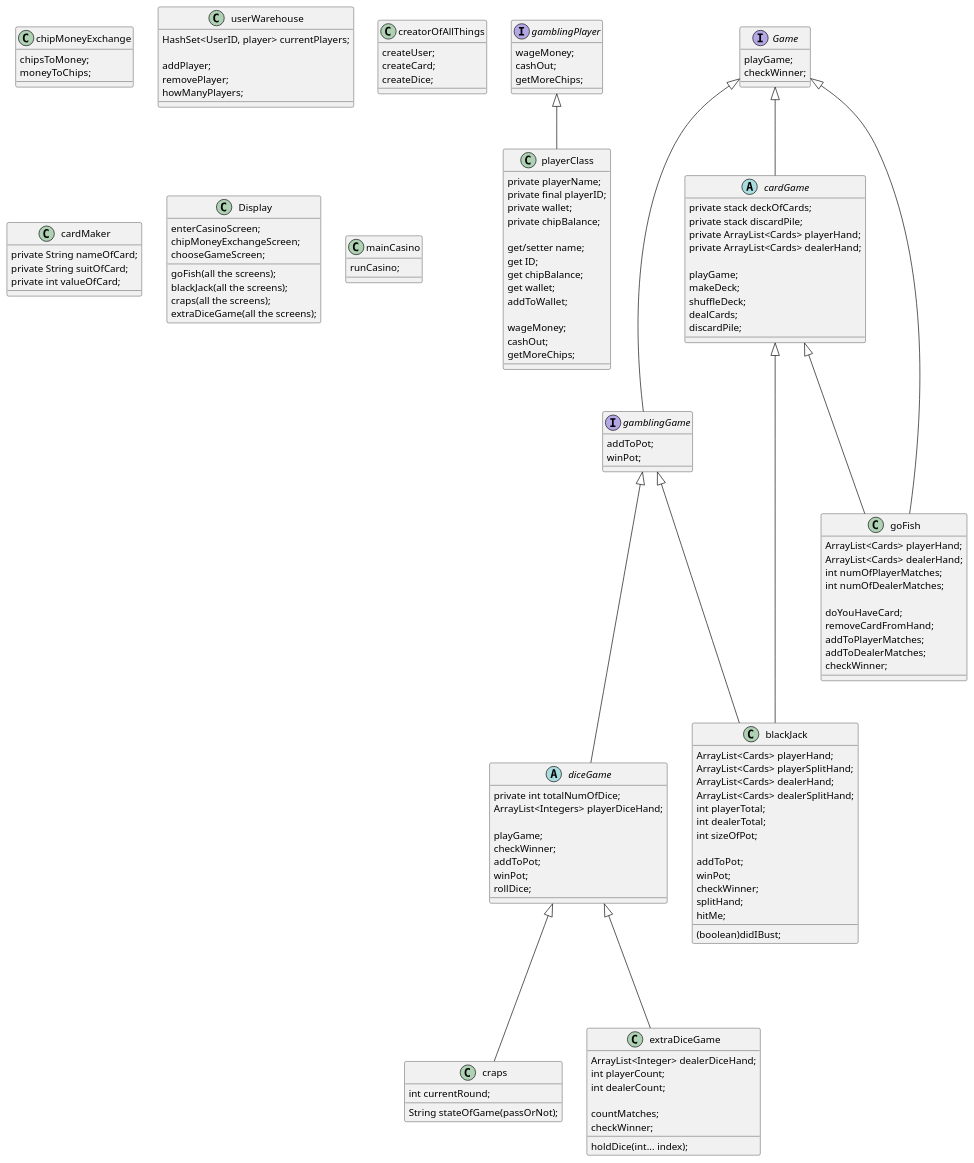
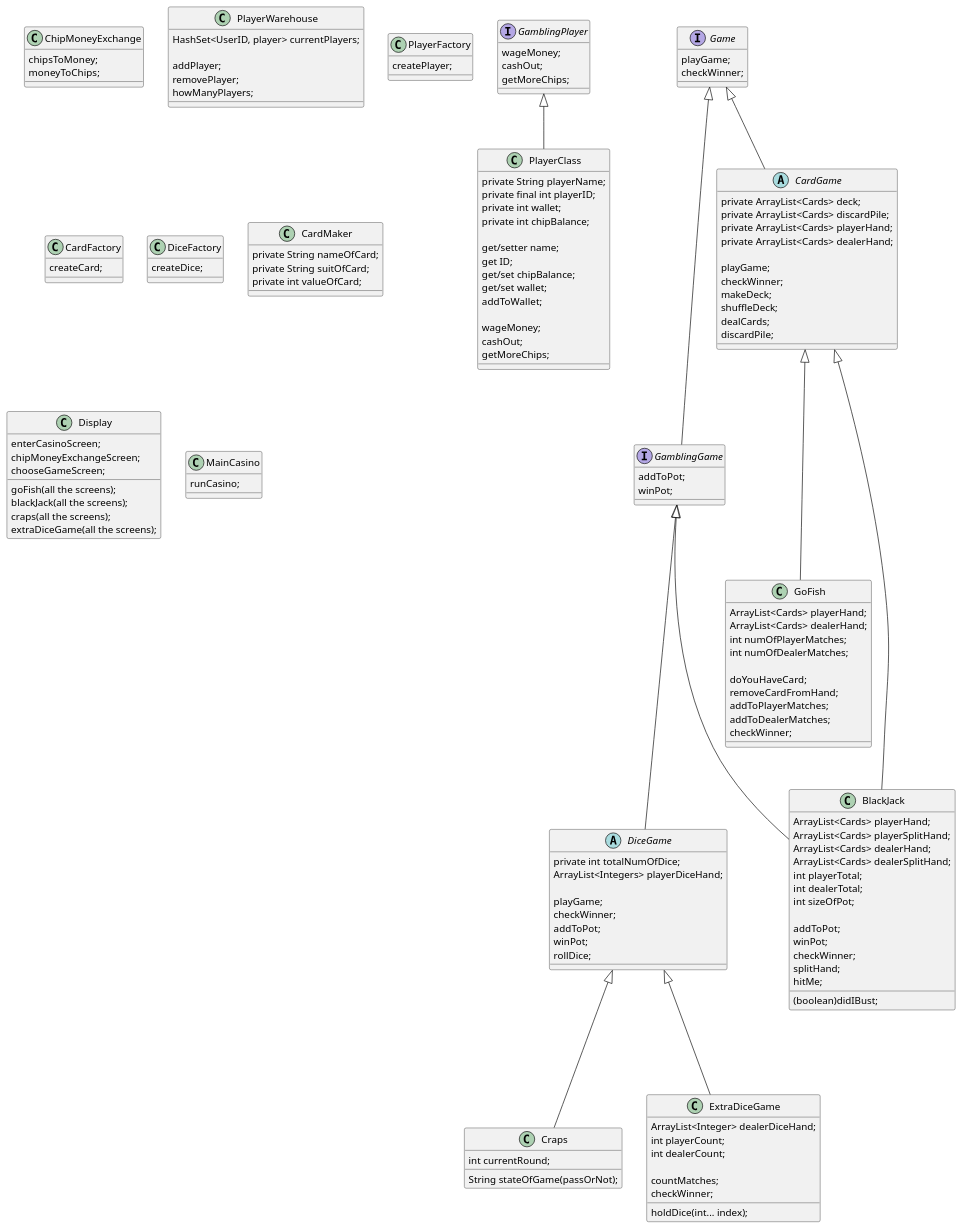
One commit to ZipCodeCore/GroupCasino changed the diagram in Casino.puml. Above: the diagram before and after it, drawn with PlantUML.

Commit message:
updated UML

```diff
--- a/Casino.puml
+++ b/Casino.puml
@@ -1,170 +1,177 @@
 @startuml
 'https://plantuml.com/sequence-diagram
 
-class playerClass {
-private playerName;
-private final playerID;
-private wallet;
-private chipBalance;
+class PlayerClass {
+private String playerName;
+private final int playerID;
+private int wallet;
+private int chipBalance;
 
 get/setter name;
 get ID;
-get chipBalance;
-get wallet;
+get/set chipBalance;
+get/set wallet;
 addToWallet;
 
 wageMoney;
 cashOut;
 getMoreChips;
 }
 
 interface Game {
 playGame;
 checkWinner;
 }
 
-interface gamblingGame {
+interface GamblingGame {
 addToPot;
 winPot;
 }
 
-interface gamblingPlayer {
+interface GamblingPlayer {
 wageMoney;
 cashOut;
 getMoreChips;
 }
 
-abstract class cardGame {
-private stack deckOfCards;
-private stack discardPile;
+abstract class CardGame {
+private ArrayList<Cards> deck;
+private ArrayList<Cards> discardPile;
 private ArrayList<Cards> playerHand;
 private ArrayList<Cards> dealerHand;
 
 playGame;
+checkWinner;
 makeDeck;
 shuffleDeck;
 dealCards;
 discardPile;
 }
 
-abstract class diceGame {
+abstract class DiceGame {
 private int totalNumOfDice;
 ArrayList<Integers> playerDiceHand;
 
 playGame;
 checkWinner;
 addToPot;
 winPot;
 rollDice;
 }
 
-class chipMoneyExchange {
+class ChipMoneyExchange {
 chipsToMoney;
 moneyToChips;
 }
 
-class goFish {
+class GoFish {
 ArrayList<Cards> playerHand;
 ArrayList<Cards> dealerHand;
 int numOfPlayerMatches;
 int numOfDealerMatches;
 
 doYouHaveCard;
 removeCardFromHand;
 addToPlayerMatches;
 addToDealerMatches;
 checkWinner;
 }
 
-class blackJack {
+class BlackJack {
 ArrayList<Cards> playerHand;
 ArrayList<Cards> playerSplitHand;
 ArrayList<Cards> dealerHand;
 ArrayList<Cards> dealerSplitHand;
 int playerTotal;
 int dealerTotal;
 int sizeOfPot;
 
 addToPot;
 winPot;
 checkWinner;
 splitHand;
 hitMe;
 (boolean)didIBust;
 }
 
-class craps {
+class Craps {
 String stateOfGame(passOrNot);
 int currentRound;
 }
 
-class extraDiceGame {
+class ExtraDiceGame {
 ArrayList<Integer> dealerDiceHand;
 int playerCount;
 int dealerCount;
 
 countMatches;
 checkWinner;
 holdDice(int... index);
 }
 
-class userWarehouse {
+class PlayerWarehouse {
 HashSet<UserID, player> currentPlayers;
 
 addPlayer;
 removePlayer;
 howManyPlayers;
 }
 
-class creatorOfAllThings {
-createUser;
+class PlayerFactory {
+createPlayer;
+}
+
+class CardFactory {
 createCard;
+}
+
+class DiceFactory {
 createDice;
 }
 
-class cardMaker {
+class CardMaker {
 private String nameOfCard;
 private String suitOfCard;
 private int valueOfCard;
 }
 
 class Display {
 enterCasinoScreen;
 chipMoneyExchangeScreen;
 chooseGameScreen;
 goFish(all the screens);
 blackJack(all the screens);
 craps(all the screens);
 extraDiceGame(all the screens);
 }
 
 
-class mainCasino {
+class MainCasino {
 runCasino;
 }
 
-diceGame <|--- craps
-diceGame <|--- extraDiceGame
+DiceGame <|--- Craps
+DiceGame <|--- ExtraDiceGame
 
-cardGame <|--- goFish
-cardGame <|--- blackJack
+CardGame <|--- GoFish
+CardGame <|--- BlackJack
 
-Game <|--- gamblingGame
-Game <|--- goFish
+Game <|--- GamblingGame
 
-gamblingGame <|--- blackJack
-gamblingGame <|--- diceGame
 
-gamblingPlayer <|-- playerClass
+GamblingGame <|--- BlackJack
+GamblingGame <|--- DiceGame
 
-Game <|-- cardGame
+GamblingPlayer <|-- PlayerClass
+
+Game <|-- CardGame
 
 
 
 'Alice -> Bob: Authentication Request
 'Bob --> Alice: Authentication Response
 '
 'Alice -> Bob: Another authentication Request
 'Alice <-- Bob: another authentication Response
 
 @enduml
```
